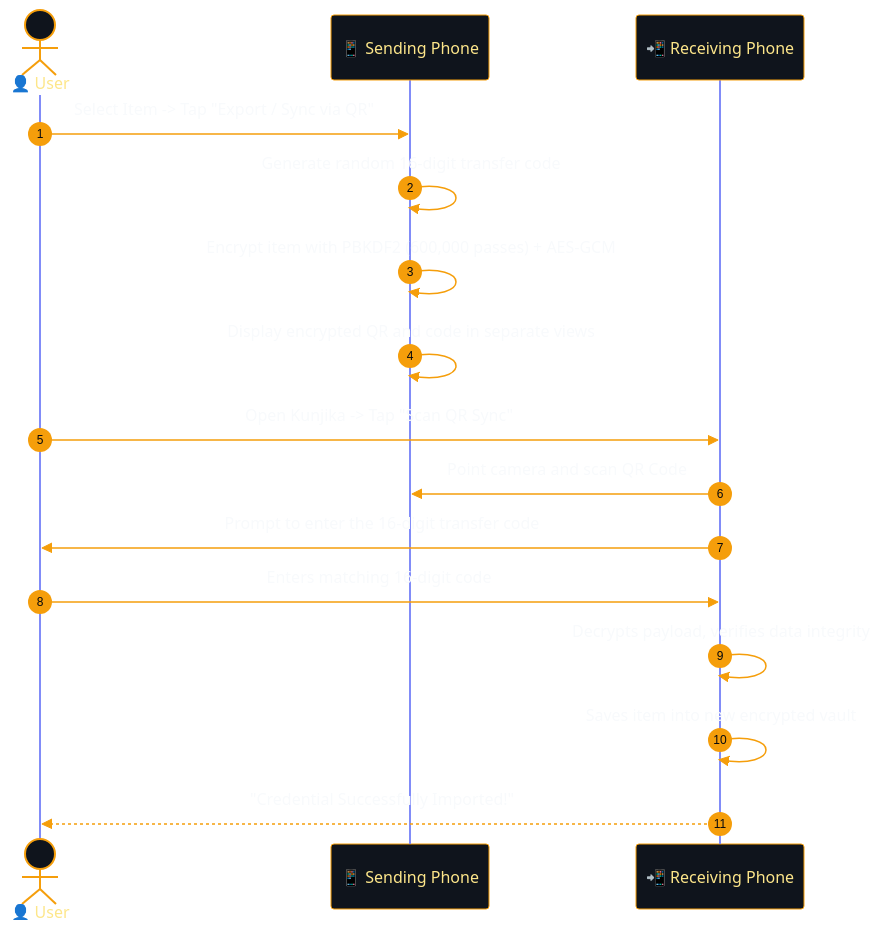
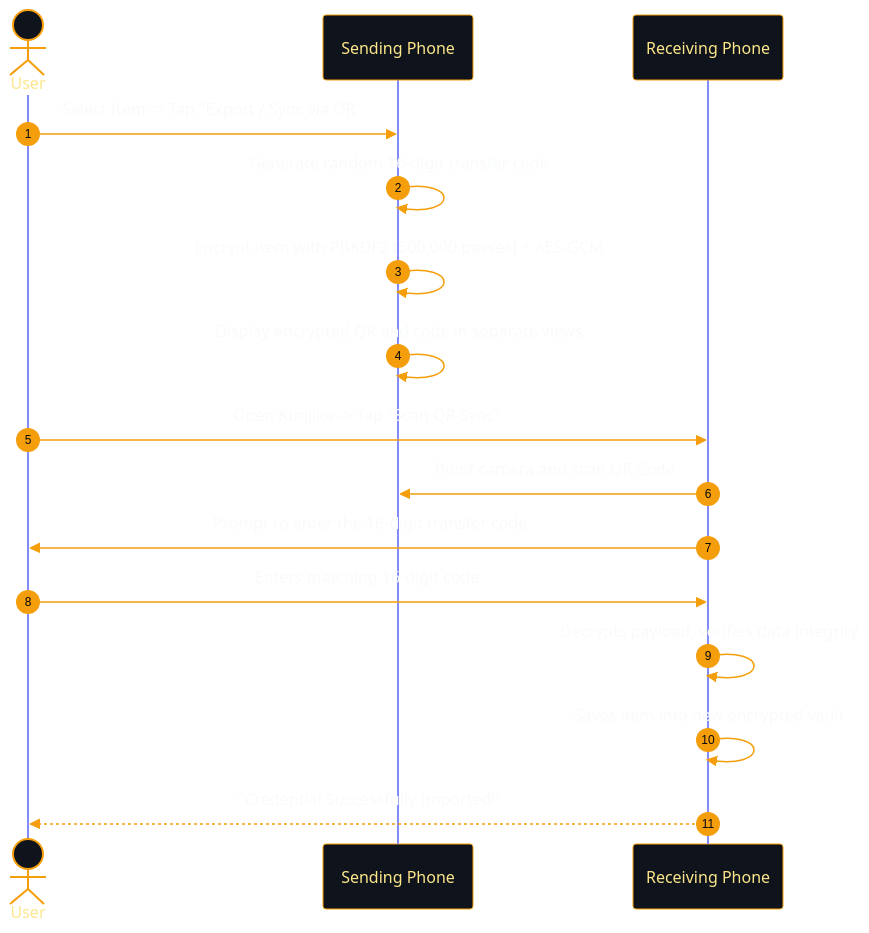
The third of 5 diagrams in README.md (dwinsi/kunjika), drawn with Mermaid before and after one commit. The commit also changed other lines of this file and 11 other files, not shown here.

````diff
--- a/README.md
+++ b/README.md
@@ -176,42 +175,42 @@
 ```mermaid
 %%{init: {
   'theme': 'base',
   'themeVariables': {
     'darkMode': true,
     'background': '#07090E',
     'actorBkg': '#0F141C',
     'actorBorder': '#F59E0B',
     'actorTextColor': '#FDE68A',
     'actorLineColor': '#818CF8',
     'signalColor': '#F59E0B',
     'signalTextColor': '#F8FAFC',
     'labelBoxBkgColor': '#0F141C',
     'labelBoxBorderColor': '#818CF8',
     'labelTextColor': '#F8FAFC',
     'loopTextColor': '#FDE68A',
     'noteBkgColor': '#1E1B4B',
     'noteBorderColor': '#818CF8',
     'noteTextColor': '#E0E7FF',
     'activationBorderColor': '#F59E0B',
     'activationBkgColor': '#131A26',
     'sequenceNumberColor': '#07090E'
   }
 }}%%
 sequenceDiagram
     autonumber
-    actor User as 👤 User
-    participant OldPhone as 📱 Sending Phone
-    participant NewPhone as 📲 Receiving Phone
+    actor User as  User
+    participant OldPhone as  Sending Phone
+    participant NewPhone as  Receiving Phone
 
     User->>OldPhone: Select Item -> Tap "Export / Sync via QR"
     OldPhone->>OldPhone: Generate random 16-digit transfer code
     OldPhone->>OldPhone: Encrypt item with PBKDF2 (600,000 passes) + AES-GCM
     OldPhone->>OldPhone: Display encrypted QR and code in separate views
     User->>NewPhone: Open Kunjika -> Tap "Scan QR Sync"
     NewPhone->>OldPhone: Point camera and scan QR Code
     NewPhone->>User: Prompt to enter the 16-digit transfer code
     User->>NewPhone: Enters matching 16-digit code
     NewPhone->>NewPhone: Decrypts payload, verifies data integrity
     NewPhone->>NewPhone: Saves item into new encrypted vault
     NewPhone-->>User: "Credential Successfully Imported!"
 ```
````
